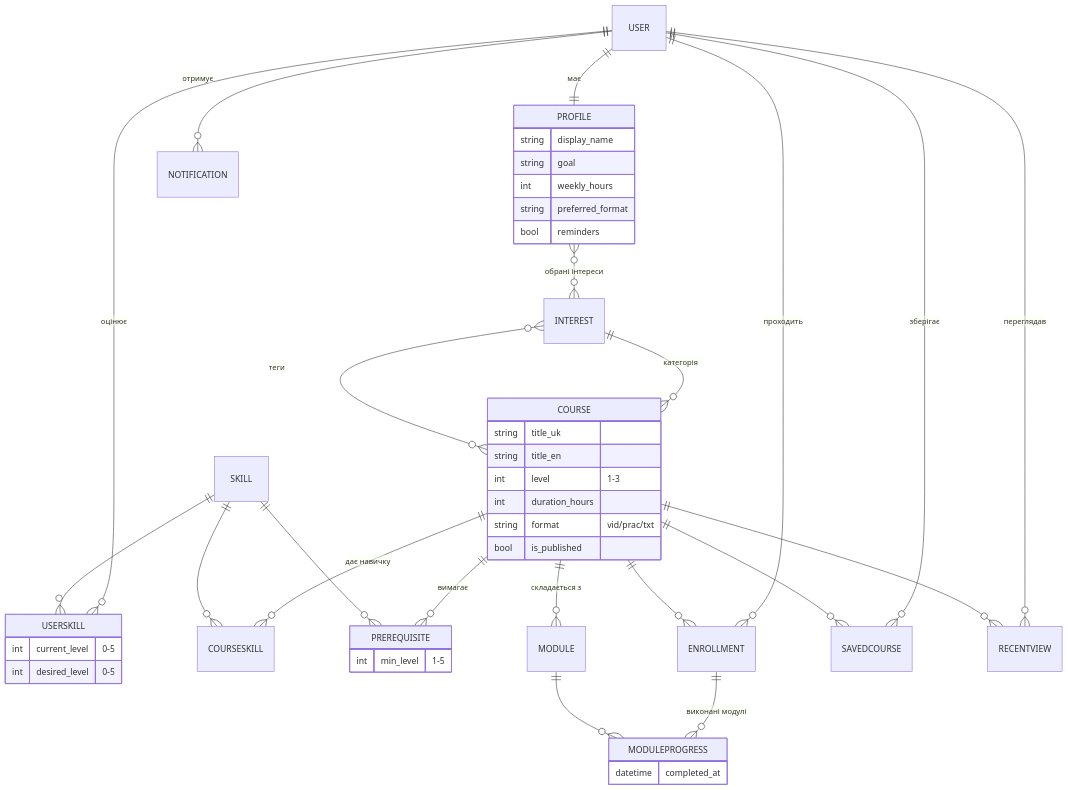
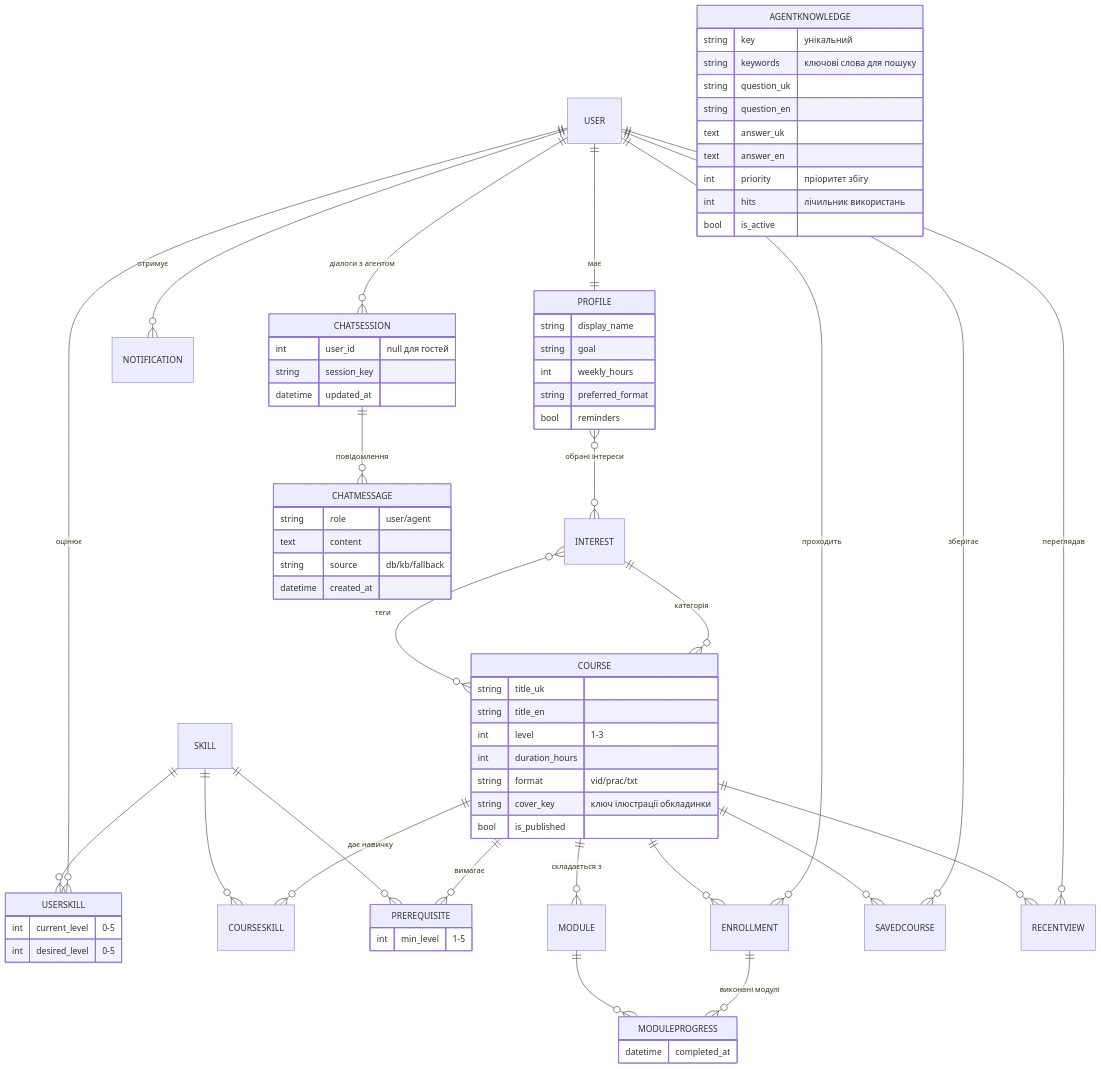
Before and after one commit to uuuba/lervana: the diagram in docs/ERD.md, drawn with Mermaid. The commit also changed other lines of this file and 12 other files, not shown here.

````diff
--- a/docs/ERD.md
+++ b/docs/ERD.md
@@ -5,49 +5,74 @@
 ```mermaid
 erDiagram
     USER ||--|| PROFILE : "має"
     PROFILE }o--o{ INTEREST : "обрані інтереси"
     USER ||--o{ USERSKILL : "оцінює"
     SKILL ||--o{ USERSKILL : ""
     INTEREST ||--o{ COURSE : "категорія"
     COURSE }o--o{ INTEREST : "теги"
     COURSE ||--o{ COURSESKILL : "дає навичку"
     SKILL ||--o{ COURSESKILL : ""
     COURSE ||--o{ PREREQUISITE : "вимагає"
     SKILL ||--o{ PREREQUISITE : ""
     COURSE ||--o{ MODULE : "складається з"
     USER ||--o{ ENROLLMENT : "проходить"
     COURSE ||--o{ ENROLLMENT : ""
     ENROLLMENT ||--o{ MODULEPROGRESS : "виконані модулі"
     MODULE ||--o{ MODULEPROGRESS : ""
     USER ||--o{ SAVEDCOURSE : "зберігає"
     COURSE ||--o{ SAVEDCOURSE : ""
     USER ||--o{ RECENTVIEW : "переглядав"
     COURSE ||--o{ RECENTVIEW : ""
     USER ||--o{ NOTIFICATION : "отримує"
+    USER ||--o{ CHATSESSION : "діалоги з агентом"
+    CHATSESSION ||--o{ CHATMESSAGE : "повідомлення"
 
     PROFILE {
         string display_name
         string goal
         int weekly_hours
         string preferred_format
         bool reminders
     }
     USERSKILL {
         int current_level "0-5"
         int desired_level "0-5"
     }
     COURSE {
         string title_uk
         string title_en
         int level "1-3"
         int duration_hours
         string format "vid/prac/txt"
+        string cover_key "ключ ілюстрації обкладинки"
         bool is_published
     }
     PREREQUISITE {
         int min_level "1-5"
     }
     MODULEPROGRESS {
         datetime completed_at
     }
+    AGENTKNOWLEDGE {
+        string key "унікальний"
+        string keywords "ключові слова для пошуку"
+        string question_uk
+        string question_en
+        text answer_uk
+        text answer_en
+        int priority "пріоритет збігу"
+        int hits "лічильник використань"
+        bool is_active
+    }
+    CHATSESSION {
+        int user_id "null для гостей"
+        string session_key
+        datetime updated_at
+    }
+    CHATMESSAGE {
+        string role "user/agent"
+        text content
+        string source "db/kb/fallback"
+        datetime created_at
+    }
 ```
````
